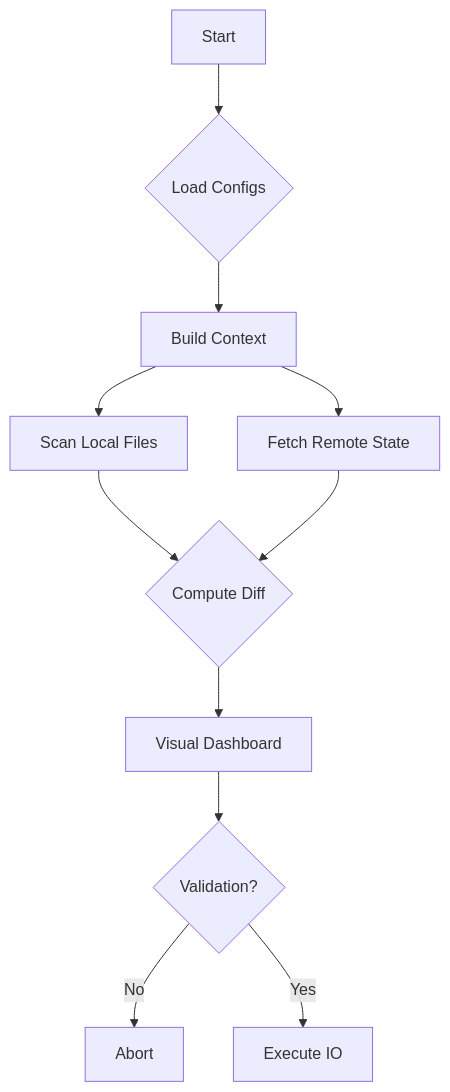
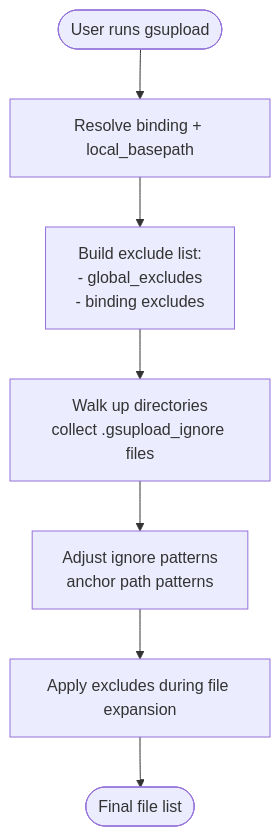
The third of 4 diagrams in src/data/blog/deployment-made-easy.md (guspatagonico/gustavosalvini-astro-blog), drawn with Mermaid before and after one commit. The commit also changed other lines of this file and 1 other file, not shown here.

````diff
--- a/src/data/blog/deployment-made-easy.md
+++ b/src/data/blog/deployment-made-easy.md
@@ -39,13 +221,9 @@
 ```mermaid
 flowchart TD
-    A[Start] --> B{Load Configs}
-    B --> C[Build Context]
-    C --> D[Scan Local Files]
-    C --> E[Fetch Remote State]
-    D --> F{Compute Diff}
-    E --> F
-    F --> G[Visual Dashboard]
-    G --> H{Validation?}
-    H -- No --> I[Abort]
-    H -- Yes --> J[Execute IO]
+  A([User runs gsupload]) --> B[Resolve binding + local_basepath]
+  B --> C[Build exclude list:<br/>- global_excludes<br/>- binding excludes]
+  C --> D[Walk up directories<br/>collect .gsupload_ignore files]
+  D --> E[Adjust ignore patterns<br/>anchor path patterns]
+  E --> F[Apply excludes during file expansion]
+  F --> G([Final file list])
 ```
````
